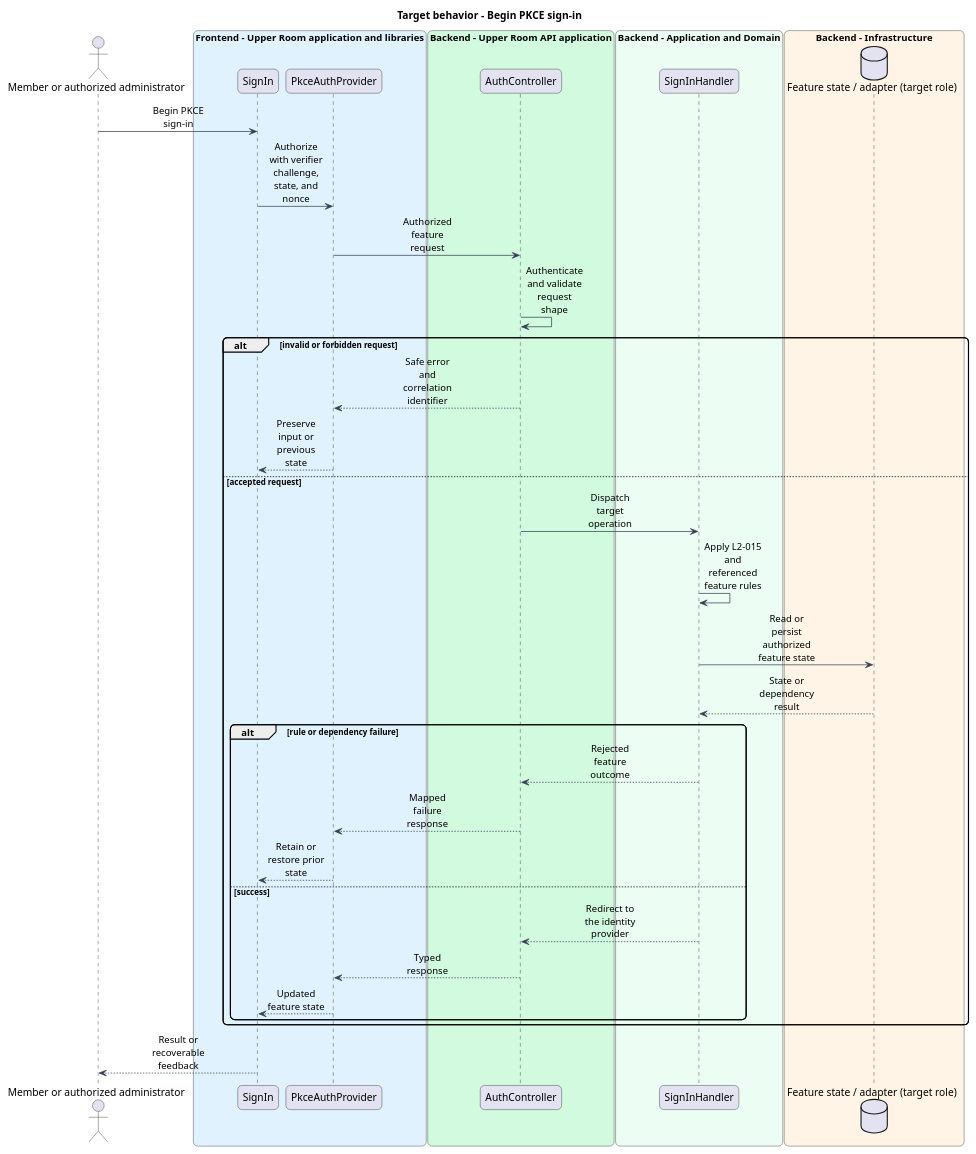
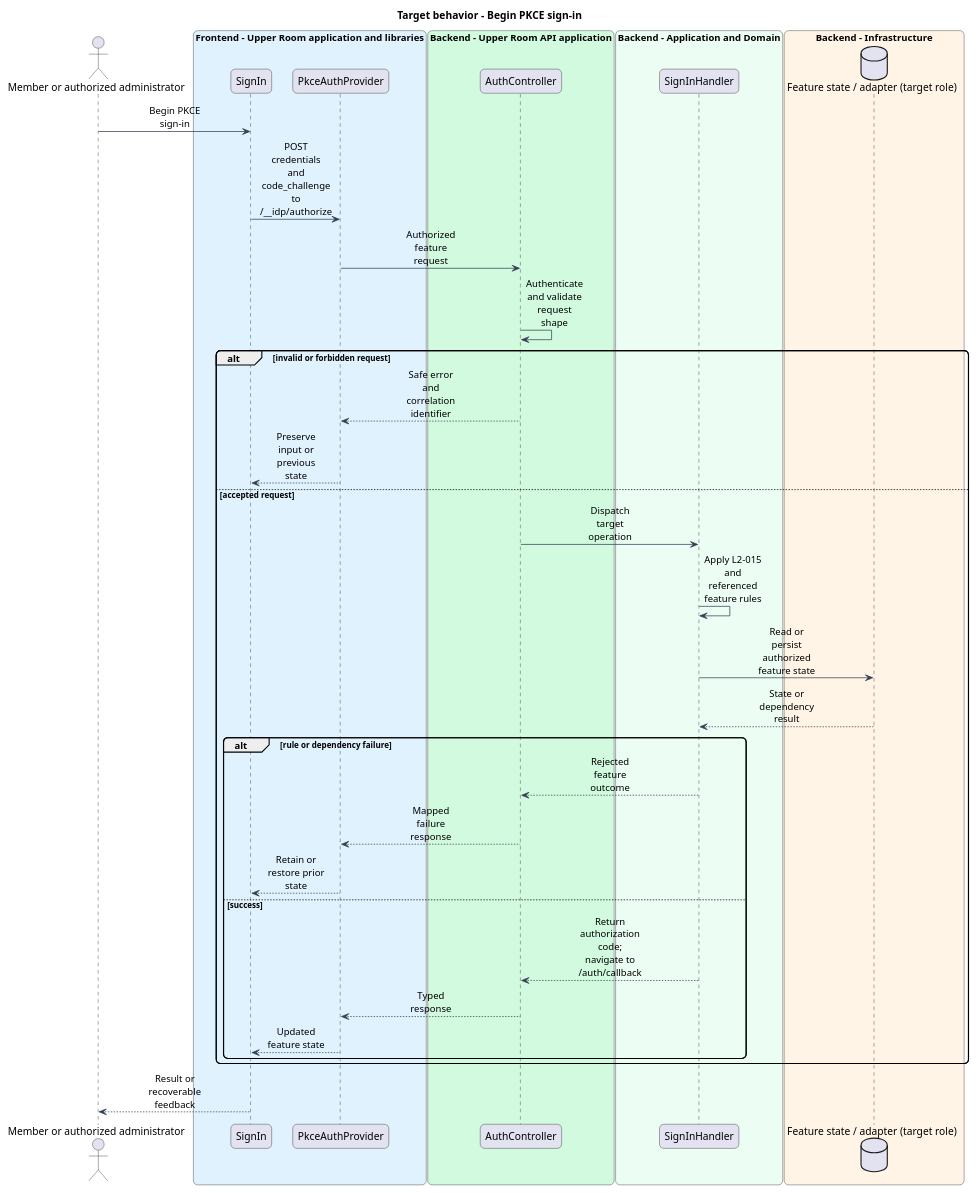
One commit to QuinntyneBrown/the-upper-room changed the diagram in docs/detailed-designs/identity/sign-in/diagrams/sequence-01-begin-pkce-sign-in.puml. Above: the diagram before and after it, drawn with PlantUML. The commit also changed 6 other files, not shown here.

First line of the commit message:
fix(auth): POST credentials and PKCE challenge to /__idp/authorize

```diff
--- a/docs/detailed-designs/identity/sign-in/diagrams/sequence-01-begin-pkce-sign-in.puml
+++ b/docs/detailed-designs/identity/sign-in/diagrams/sequence-01-begin-pkce-sign-in.puml
@@ -1,52 +1,52 @@
 @startuml
 skinparam backgroundColor #FFFFFF
 skinparam shadowing false
 skinparam roundcorner 12
 skinparam defaultFontName Arial
 skinparam ArrowColor #344054
 skinparam sequenceMessageAlign center
 skinparam maxMessageSize 80
 skinparam class {
   BorderColor #344054
   FontColor #101828
   BackgroundColor #F9FAFB
 }
 title Target behavior - Begin PKCE sign-in
 actor "Member or authorized administrator" as actor
 box "Frontend - Upper Room application and libraries" #E0F2FE
 participant "SignIn" as page
 participant "PkceAuthProvider" as client
 end box
 box "Backend - Upper Room API application" #D1FADF
 participant "AuthController" as boundary
 end box
 box "Backend - Application and Domain" #ECFDF3
 participant "SignInHandler" as logic
 end box
 box "Backend - Infrastructure" #FFF4E5
 database "Feature state / adapter (target role)" as state
 end box
 actor -> page : Begin PKCE sign-in
-page -> client : Authorize with verifier challenge, state, and nonce
+page -> client : POST credentials and code_challenge to /__idp/authorize
 client -> boundary : Authorized feature request
 boundary -> boundary : Authenticate and validate request shape
 alt invalid or forbidden request
 boundary --> client : Safe error and correlation identifier
 client --> page : Preserve input or previous state
 else accepted request
 boundary -> logic : Dispatch target operation
 logic -> logic : Apply L2-015 and referenced feature rules
 logic -> state : Read or persist authorized feature state
 state --> logic : State or dependency result
 alt rule or dependency failure
 logic --> boundary : Rejected feature outcome
 boundary --> client : Mapped failure response
 client --> page : Retain or restore prior state
 else success
-logic --> boundary : Redirect to the identity provider
+logic --> boundary : Return authorization code; navigate to /auth/callback
 boundary --> client : Typed response
 client --> page : Updated feature state
 end
 end
 page --> actor : Result or recoverable feedback
 @enduml
```
